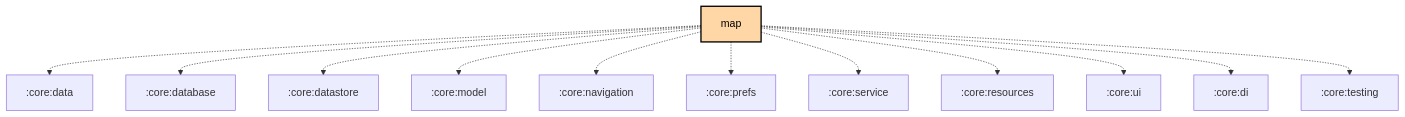
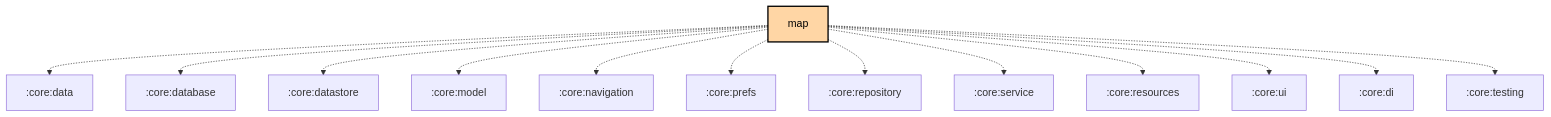
The diagram in feature/map/README.md (meshtastic/Meshtastic-Android), drawn with Mermaid before and after one commit. The commit also changed 3 other files, not shown here.

First line of the commit message:
chore: Scheduled updates (Graphs, Baseline Profile)

````diff
--- a/feature/map/README.md
+++ b/feature/map/README.md
@@ -63,29 +63,30 @@
 ```mermaid
 graph TB
   :feature:map[map]:::kmp-feature
   :feature:map -.-> :core:data
   :feature:map -.-> :core:database
   :feature:map -.-> :core:datastore
   :feature:map -.-> :core:model
   :feature:map -.-> :core:navigation
   :feature:map -.-> :core:prefs
+  :feature:map -.-> :core:repository
   :feature:map -.-> :core:service
   :feature:map -.-> :core:resources
   :feature:map -.-> :core:ui
   :feature:map -.-> :core:di
   :feature:map -.-> :core:testing
 
 classDef android-application fill:#CAFFBF,stroke:#000,stroke-width:2px,color:#000;
 classDef android-application-compose fill:#CAFFBF,stroke:#000,stroke-width:2px,color:#000;
 classDef compose-desktop-application fill:#CAFFBF,stroke:#000,stroke-width:2px,color:#000;
 classDef android-feature fill:#FFD6A5,stroke:#000,stroke-width:2px,color:#000;
 classDef android-library fill:#9BF6FF,stroke:#000,stroke-width:2px,color:#000;
 classDef android-library-compose fill:#9BF6FF,stroke:#000,stroke-width:2px,color:#000;
 classDef android-test fill:#A0C4FF,stroke:#000,stroke-width:2px,color:#000;
 classDef jvm-library fill:#BDB2FF,stroke:#000,stroke-width:2px,color:#000;
 classDef kmp-feature fill:#FFD6A5,stroke:#000,stroke-width:2px,color:#000;
 classDef kmp-library-compose fill:#FFC1CC,stroke:#000,stroke-width:2px,color:#000;
 classDef kmp-library fill:#FFC1CC,stroke:#000,stroke-width:2px,color:#000;
 classDef unknown fill:#FFADAD,stroke:#000,stroke-width:2px,color:#000;
 
 ```
````
